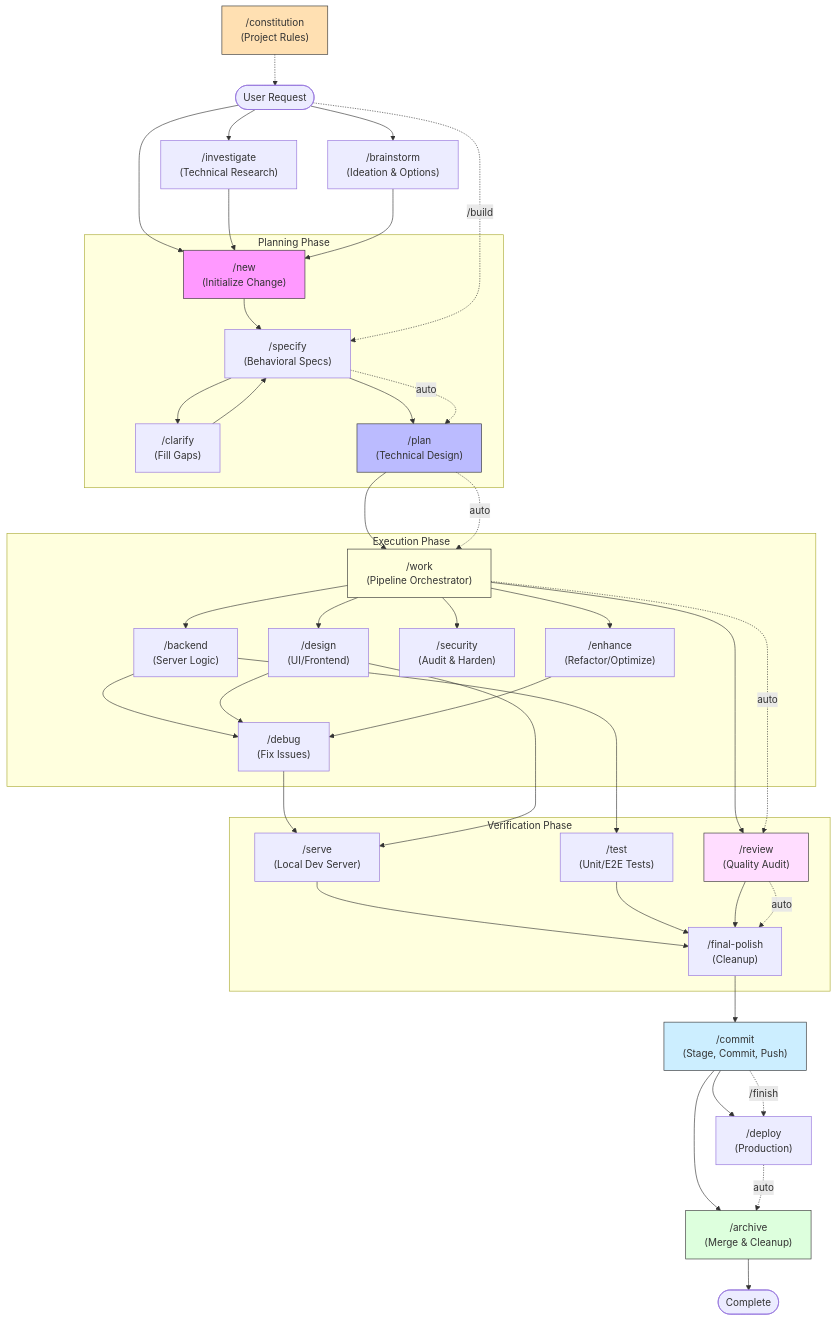
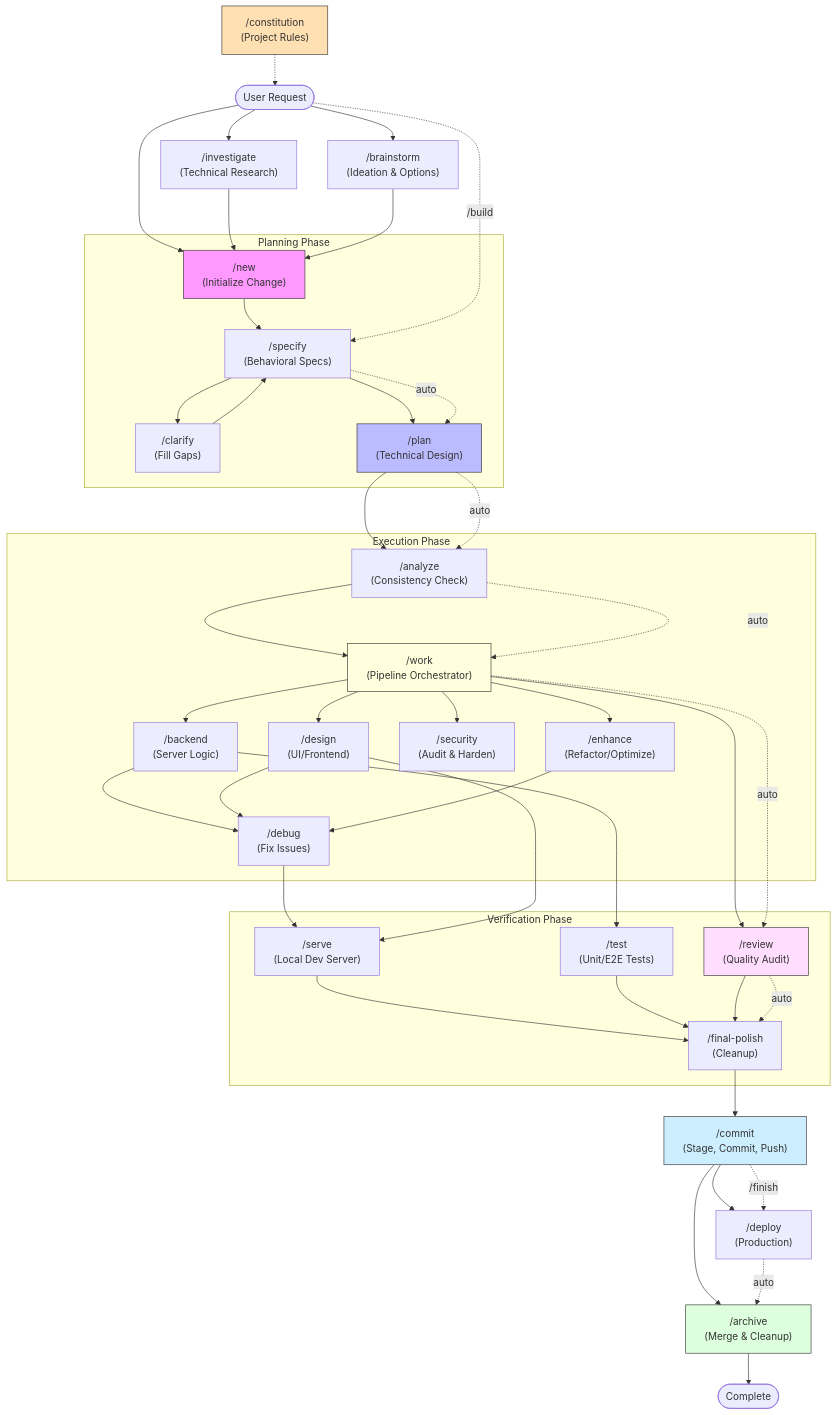
Before and after one commit to Ippollo/Specwright: the diagram in docs/PROJECT_LIFECYCLE.md, drawn with Mermaid. The commit also changed other lines of this file and 10 other files, not shown here.

````diff
--- a/docs/PROJECT_LIFECYCLE.md
+++ b/docs/PROJECT_LIFECYCLE.md
@@ -7,68 +7,70 @@
 ```mermaid
 graph TD
     %% Governance
     Constitution["/constitution<br/>(Project Rules)"] -.-> Start
 
     %% Entry Points
     Start([User Request]) --> Investigate["/investigate<br/>(Technical Research)"]
     Start --> Brainstorm["/brainstorm<br/>(Ideation & Options)"]
     Start --> New["/new<br/>(Initialize Change)"]
 
     %% Planning Flow
     Investigate --> New
     Brainstorm --> New
 
     subgraph "Planning Phase"
         New --> Specify["/specify<br/>(Behavioral Specs)"]
         Specify --> Clarify["/clarify<br/>(Fill Gaps)"]
         Clarify --> Specify
         Specify --> Plan["/plan<br/>(Technical Design)"]
     end
 
     %% Execution Phase
     subgraph "Execution Phase"
-        Plan --> Work["/work<br/>(Pipeline Orchestrator)"]
+        Plan --> Analyze["/analyze<br/>(Consistency Check)"]
+        Analyze --> Work["/work<br/>(Pipeline Orchestrator)"]
         Work --> Backend["/backend<br/>(Server Logic)"]
         Work --> Design["/design<br/>(UI/Frontend)"]
         Work --> Security["/security<br/>(Audit & Harden)"]
         Work --> Enhance["/enhance<br/>(Refactor/Optimize)"]
 
         Backend --> Debug["/debug<br/>(Fix Issues)"]
         Design --> Debug
         Enhance --> Debug
     end
 
     %% Verification & Completion
     subgraph "Verification Phase"
         Debug --> Serve["/serve<br/>(Local Dev Server)"]
         Backend --> Test["/test<br/>(Unit/E2E Tests)"]
         Design --> Serve
         Work --> Review["/review<br/>(Quality Audit)"]
         Serve --> Final["/final-polish<br/>(Cleanup)"]
         Test --> Final
         Review --> Final
     end
 
     Final --> Commit["/commit<br/>(Stage, Commit, Push)"]
     Commit --> Deploy["/deploy<br/>(Production)"]
     Commit --> Archive["/archive<br/>(Merge & Cleanup)"]
     Archive --> End([Complete])
 
     %% Mega-workflows
     Start -. "/build" .-> Specify
     Specify -. auto .-> Plan
-    Plan -. auto .-> Work
+    Plan -. auto .-> Analyze
+    Analyze -. auto .-> Work
     Work -. auto .-> Review
     Review -. auto .-> Final
     Commit -. "/finish" .-> Deploy
     Deploy -. auto .-> Archive
 
     %% Styling
     style Constitution fill:#ffe0b2,stroke:#333
     style Work fill:#ffd,stroke:#333
     style New fill:#f9f,stroke:#333
     style Archive fill:#dfd,stroke:#333
     style Commit fill:#cef,stroke:#333
     style Plan fill:#bbf,stroke:#333
     style Review fill:#fdf,stroke:#333
 ```
````
